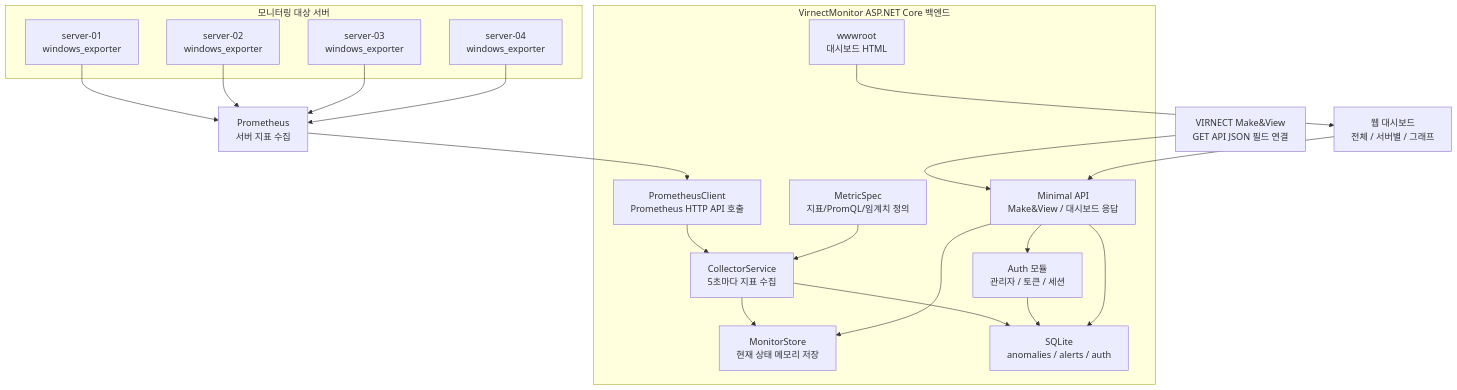
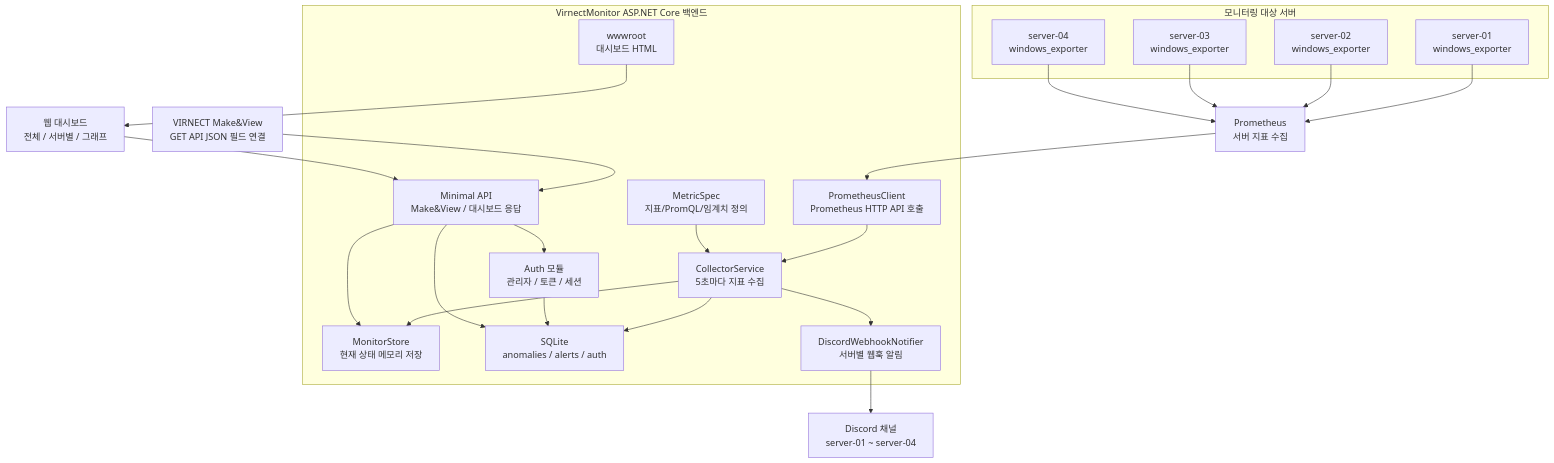
One commit to yoooooungwoon/virnect-project changed the second of 3 diagrams in README.md. Above: the diagram before and after it, drawn with Mermaid. The commit also changed other lines of this file and 9 other files, not shown here.

Commit message:
Add Discord webhook alerts and update monitoring UX

````diff
--- a/README.md
+++ b/README.md
@@ -44,39 +45,42 @@
 ```mermaid
 flowchart TB
   subgraph TARGETS["모니터링 대상 서버"]
     S1["server-01<br/>windows_exporter"]
     S2["server-02<br/>windows_exporter"]
     S3["server-03<br/>windows_exporter"]
     S4["server-04<br/>windows_exporter"]
   end
 
   S1 --> PROM["Prometheus<br/>서버 지표 수집"]
   S2 --> PROM
   S3 --> PROM
   S4 --> PROM
 
   subgraph BACKEND["VirnectMonitor ASP.NET Core 백엔드"]
     CLIENT["PrometheusClient<br/>Prometheus HTTP API 호출"]
     COLLECTOR["CollectorService<br/>5초마다 지표 수집"]
     METRICS["MetricSpec<br/>지표/PromQL/임계치 정의"]
     STORE["MonitorStore<br/>현재 상태 메모리 저장"]
     DB["SQLite<br/>anomalies / alerts / auth"]
+    DISCORD["DiscordWebhookNotifier<br/>서버별 웹훅 알림"]
     AUTH["Auth 모듈<br/>관리자 / 토큰 / 세션"]
     API["Minimal API<br/>Make&View / 대시보드 응답"]
     STATIC["wwwroot<br/>대시보드 HTML"]
   end
 
   PROM --> CLIENT
   CLIENT --> COLLECTOR
   METRICS --> COLLECTOR
   COLLECTOR --> STORE
   COLLECTOR --> DB
+  COLLECTOR --> DISCORD
   AUTH --> DB
   API --> STORE
   API --> DB
   API --> AUTH
 
   MV["VIRNECT Make&View<br/>GET API JSON 필드 연결"] --> API
   DASH["웹 대시보드<br/>전체 / 서버별 / 그래프"] --> API
+  DISCORD --> DCH["Discord 채널<br/>server-01 ~ server-04"]
   STATIC --> DASH
 ```
````
